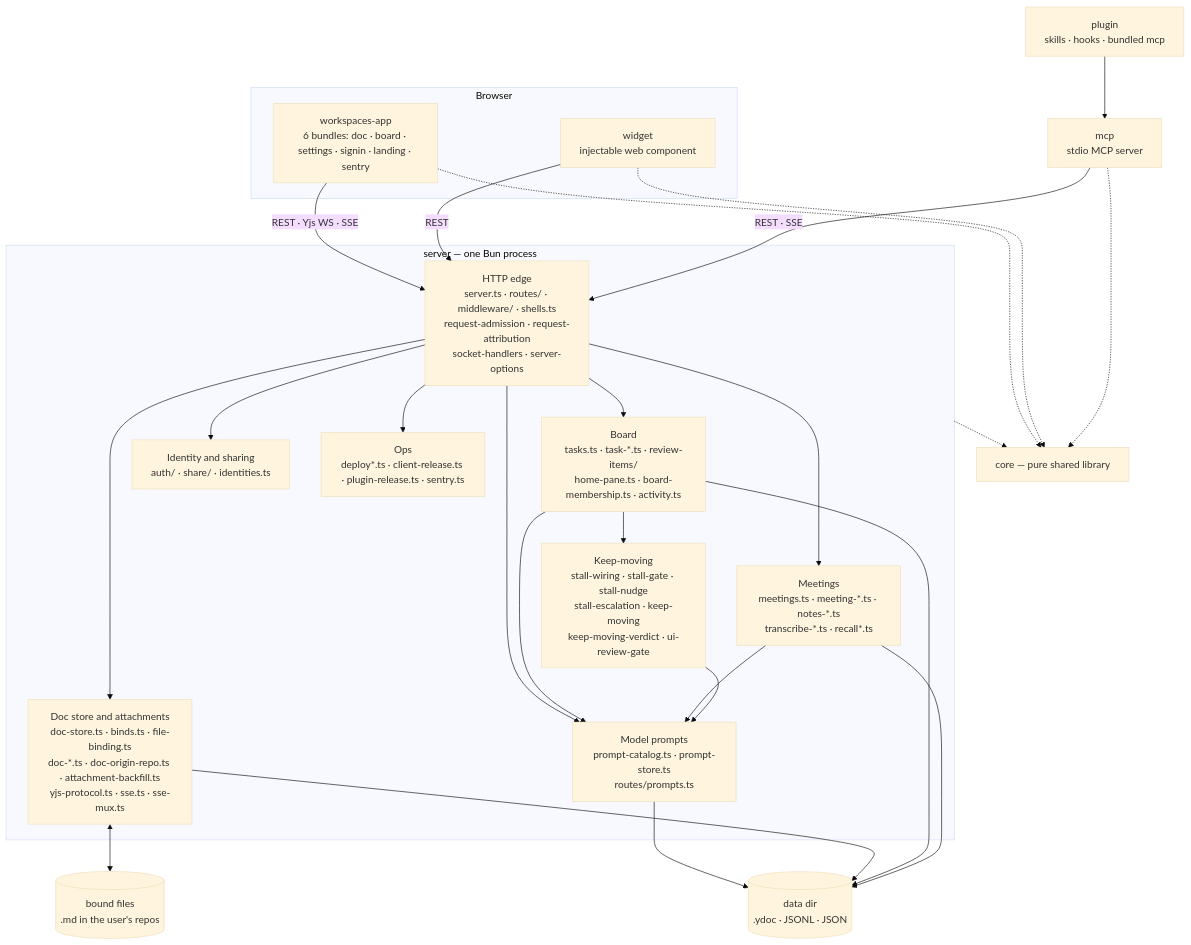
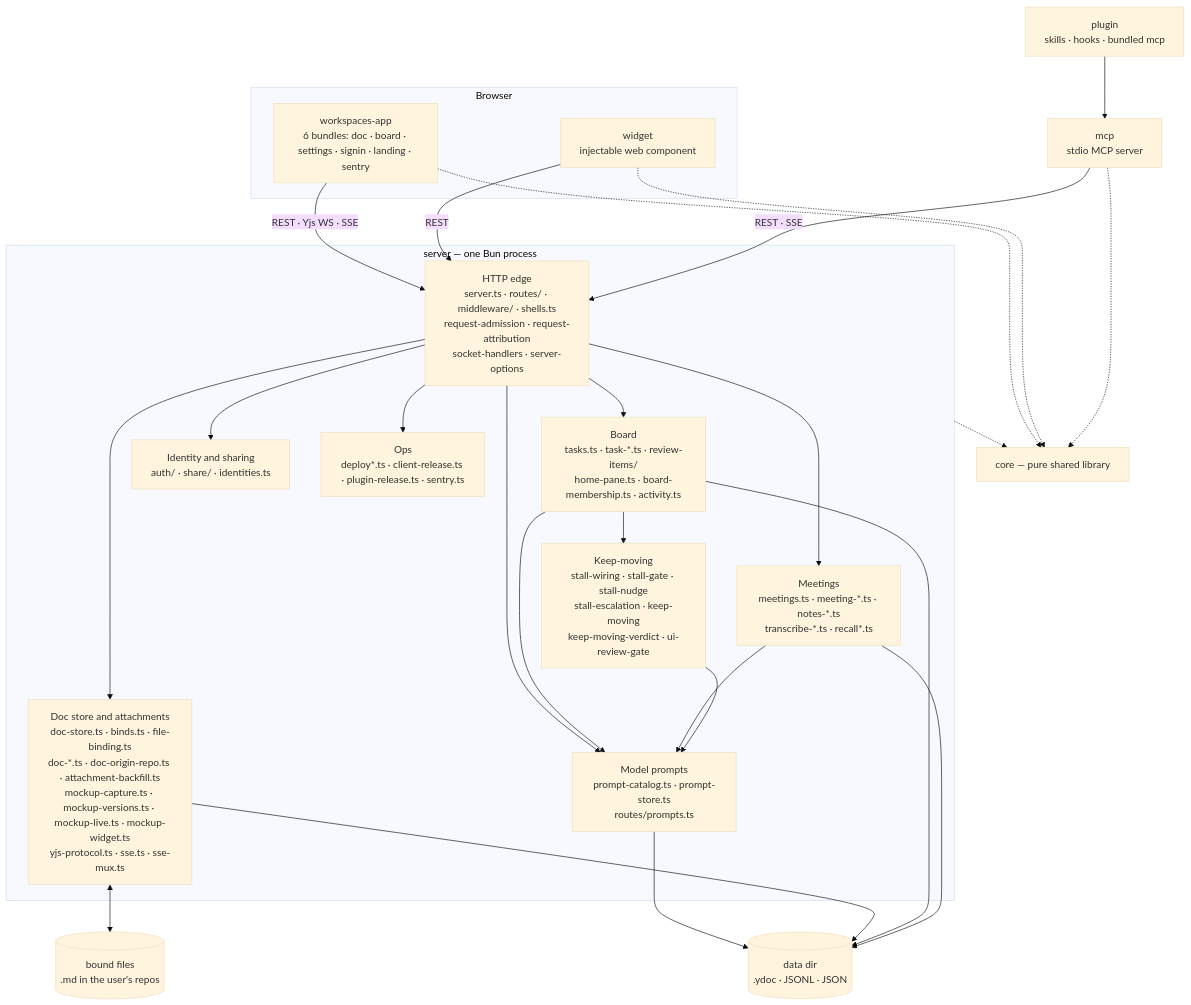
Before and after one commit to fryanpan/claude-workspaces-plugin: the first of 2 diagrams in docs/architecture/overview.md, drawn with Mermaid (base theme). The commit also changed other lines of this file and 3 other files, not shown here.

````diff
--- a/docs/architecture/overview.md
+++ b/docs/architecture/overview.md
@@ -45,35 +45,35 @@
 ```mermaid
 flowchart TB
   subgraph browser[Browser]
     app["workspaces-app<br/>6 bundles: doc · board · settings · signin · landing · sentry"]
     wid["widget<br/>injectable web component"]
   end
   plug["plugin<br/>skills · hooks · bundled mcp"]
   mcp["mcp<br/>stdio MCP server"]
   subgraph srv["server — one Bun process"]
     edge["HTTP edge<br/>server.ts · routes/ · middleware/ · shells.ts<br/>request-admission · request-attribution<br/>socket-handlers · server-options"]
-    docs["Doc store and attachments<br/>doc-store.ts · binds.ts · file-binding.ts<br/>doc-*.ts · doc-origin-repo.ts · attachment-backfill.ts<br/>yjs-protocol.ts · sse.ts · sse-mux.ts"]
+    docs["Doc store and attachments<br/>doc-store.ts · binds.ts · file-binding.ts<br/>doc-*.ts · doc-origin-repo.ts · attachment-backfill.ts<br/>mockup-capture.ts · mockup-versions.ts · mockup-live.ts · mockup-widget.ts<br/>yjs-protocol.ts · sse.ts · sse-mux.ts"]
     board["Board<br/>tasks.ts · task-*.ts · review-items/<br/>home-pane.ts · board-membership.ts · activity.ts"]
     meet["Meetings<br/>meetings.ts · meeting-*.ts · notes-*.ts<br/>transcribe-*.ts · recall*.ts"]
     keep["Keep-moving<br/>stall-wiring · stall-gate · stall-nudge<br/>stall-escalation · keep-moving<br/>keep-moving-verdict · ui-review-gate"]
     ident["Identity and sharing<br/>auth/ · share/ · identities.ts"]
     prompts["Model prompts<br/>prompt-catalog.ts · prompt-store.ts<br/>routes/prompts.ts"]
     ops["Ops<br/>deploy*.ts · client-release.ts · plugin-release.ts · sentry.ts"]
   end
   core["core — pure shared library"]
   disk[("data dir<br/>.ydoc · JSONL · JSON")]
   files[("bound files<br/>.md in the user's repos")]
 
   app -->|"REST · Yjs WS · SSE"| edge
   wid -->|REST| edge
   plug --> mcp
   mcp -->|"REST · SSE"| edge
   edge --> docs & board & meet & ident & ops & prompts
   board & meet & keep --> prompts
   prompts --> disk
   board --> keep
   docs <--> files
   docs & board & meet --> disk
   app & wid & mcp -.-> core
   srv -.-> core
 ```
````
